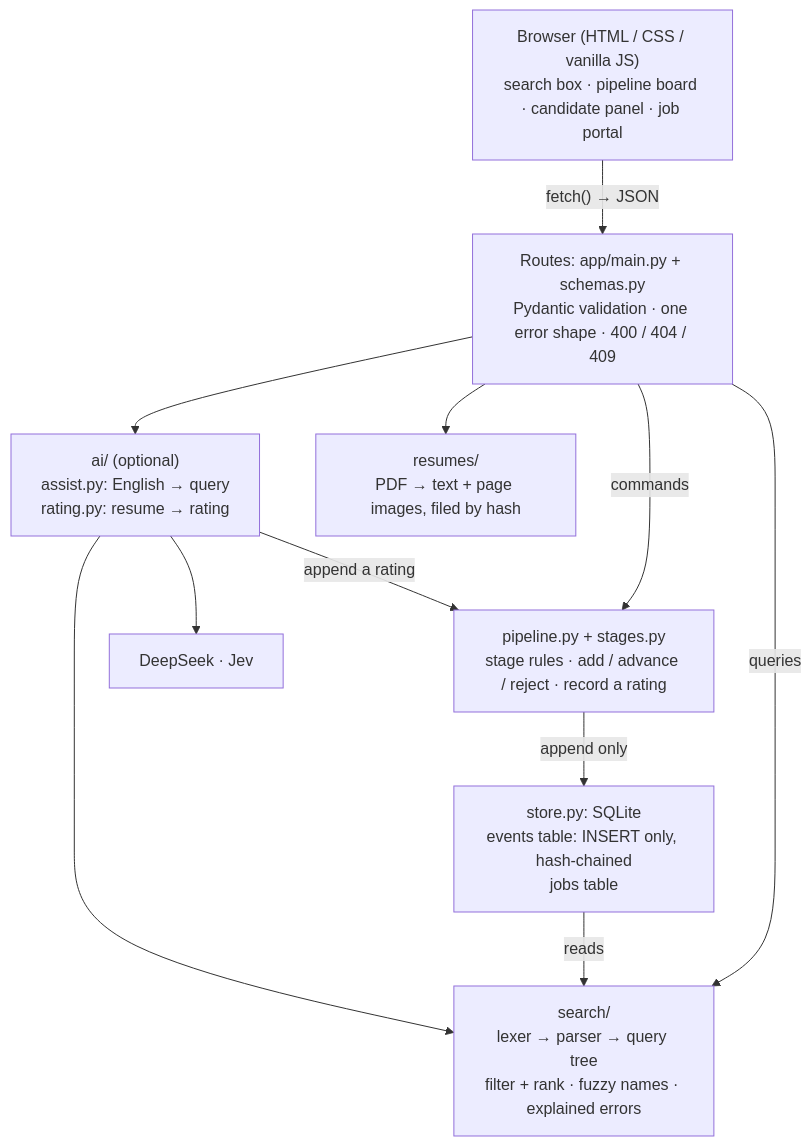
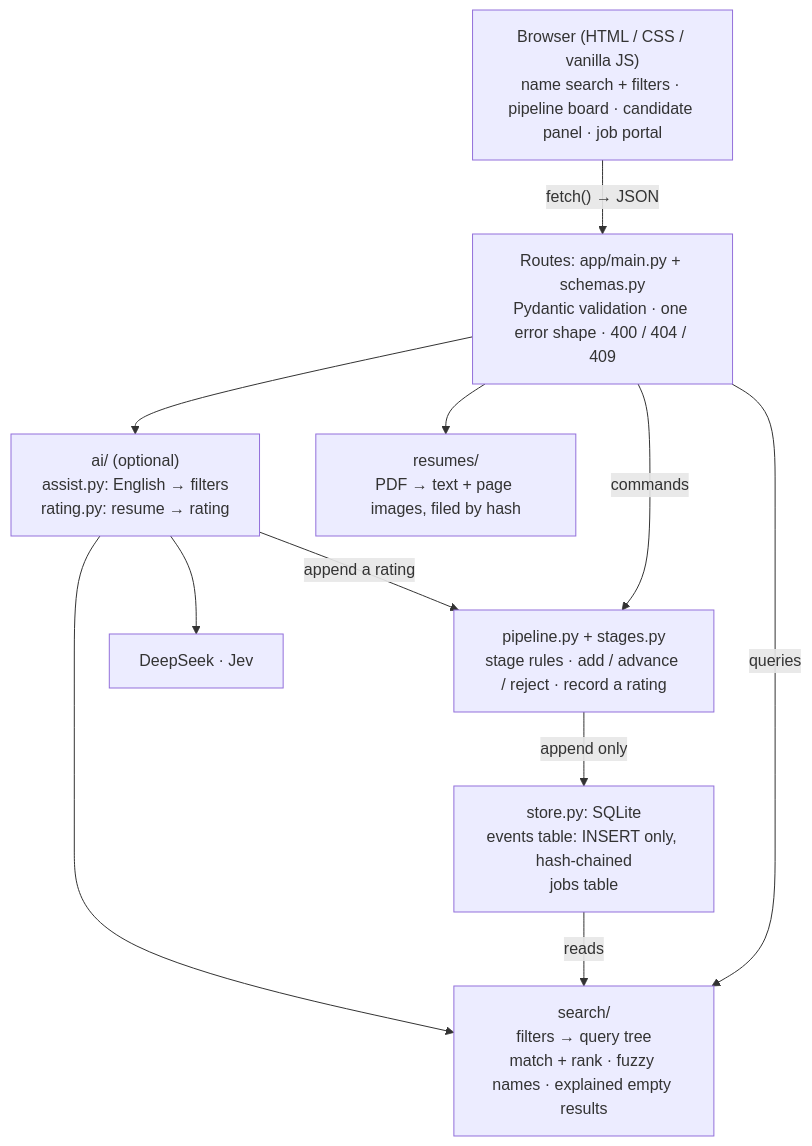
One commit to Shailly0502/Recruitly changed the first of 3 diagrams in docs/ARCHITECTURE.md. Above: the diagram before and after it, drawn with Mermaid. The commit also changed other lines of this file and 17 other files, not shown here.

Commit message:
enhancing search filter

````diff
--- a/docs/ARCHITECTURE.md
+++ b/docs/ARCHITECTURE.md
@@ -65,22 +65,22 @@
 ```mermaid
 flowchart TB
-    browser["Browser (HTML / CSS / vanilla JS)<br/>search box · pipeline board · candidate panel · job portal"]
+    browser["Browser (HTML / CSS / vanilla JS)<br/>name search + filters · pipeline board · candidate panel · job portal"]
     routes["Routes: app/main.py + schemas.py<br/>Pydantic validation · one error shape · 400 / 404 / 409"]
     pipeline["pipeline.py + stages.py<br/>stage rules · add / advance / reject · record a rating"]
-    search["search/<br/>lexer → parser → query tree<br/>filter + rank · fuzzy names · explained errors"]
-    ai["ai/ (optional)<br/>assist.py: English → query<br/>rating.py: resume → rating"]
+    search["search/<br/>filters → query tree<br/>match + rank · fuzzy names · explained empty results"]
+    ai["ai/ (optional)<br/>assist.py: English → filters<br/>rating.py: resume → rating"]
     store["store.py: SQLite<br/>events table: INSERT only, hash-chained<br/>jobs table"]
     resumes["resumes/<br/>PDF → text + page images, filed by hash"]
     models["DeepSeek · Jev"]
 
     browser -- "fetch() → JSON" --> routes
     routes -- commands --> pipeline
     routes -- queries --> search
     routes --> ai
     routes --> resumes
     pipeline -- "append only" --> store
     store -- reads --> search
     ai --> search
     ai -- "append a rating" --> pipeline
     ai --> models
 ```
````
